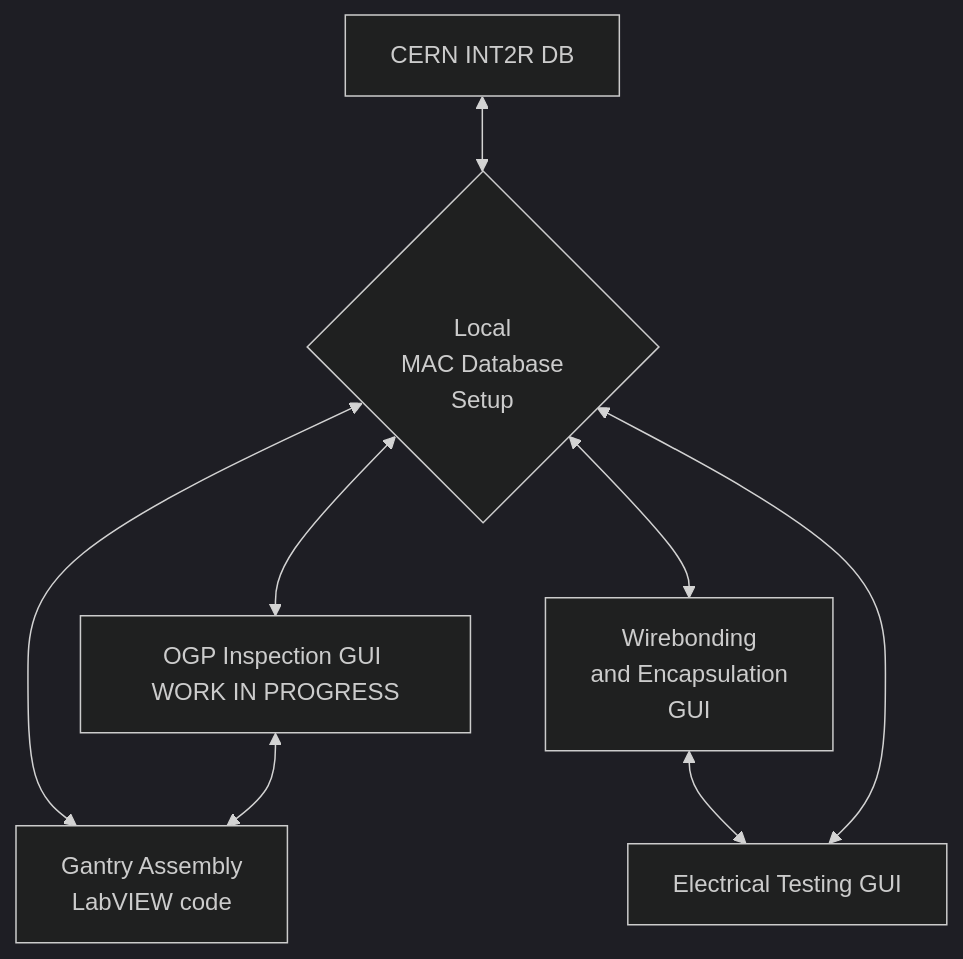
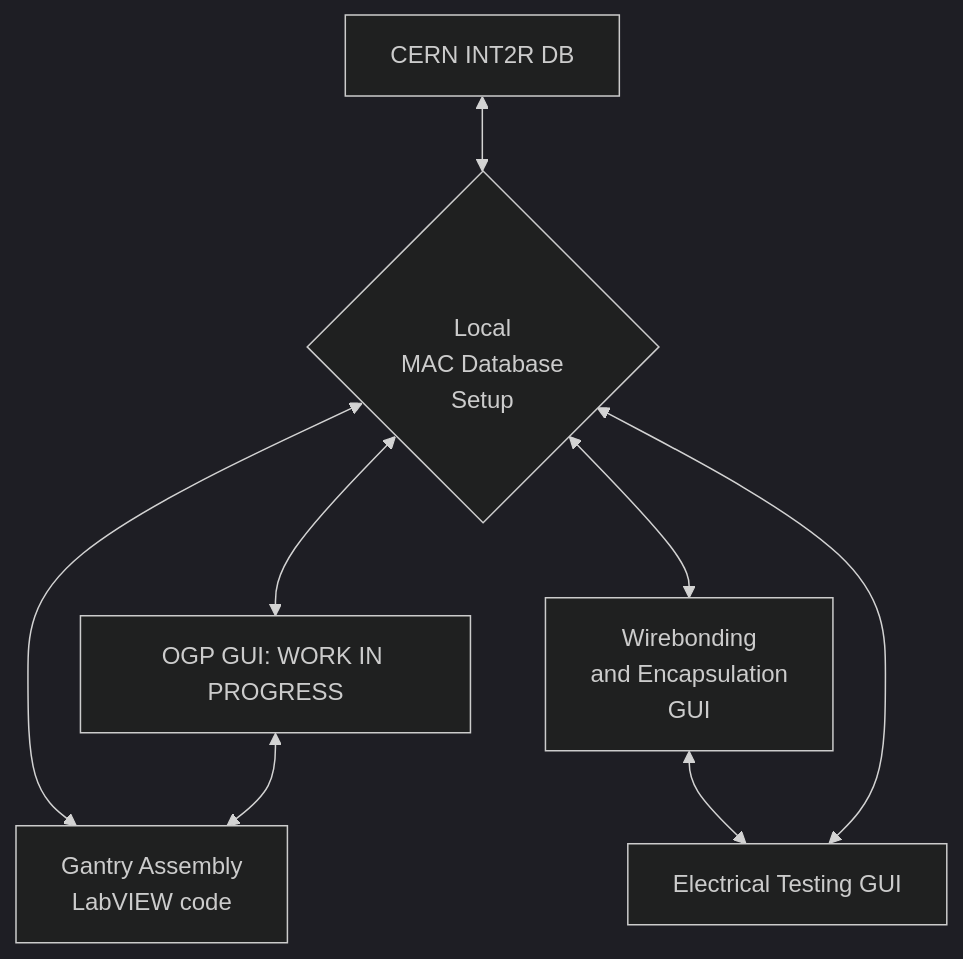
Before and after one commit to cmu-hgc-mac/.github: the diagram in profile/README.md, drawn with Mermaid (dark theme).

````diff
--- a/profile/README.md
+++ b/profile/README.md
@@ -5,16 +5,16 @@
 ```mermaid
 graph TD
     K[CERN INT2R DB] <--> A
-    A{<br>Local<br>MAC Database<br>Setup} <--> B[OGP Inspection GUI WORK IN PROGRESS]
+    A{<br>Local<br>MAC Database<br>Setup} <--> B[OGP GUI: WORK IN PROGRESS]
     A{<br>Local<br>MAC Database<br>Setup} <--> C[Gantry Assembly<br>LabVIEW code]
     B <--> C
     A <--> D[Wirebonding<br>and Encapsulation<br>GUI]
     D <--> E[Electrical Testing GUI]
     E <--> A
     click A href "https://github.com/cmu-hgc-mac/HGC_DB_postgres/"
     click B href "https://github.com/cmu-hgc-mac/HGC_OGP_DB"
     click C href "https://github.com/kai-ucsb/Gantry"
     click D href "https://github.com/nkalliney1/wirebonder_gui"
     click E href "https://gitlab.cern.ch/acrobert/hgcal-module-testing-gui/"
 
 ```
````
